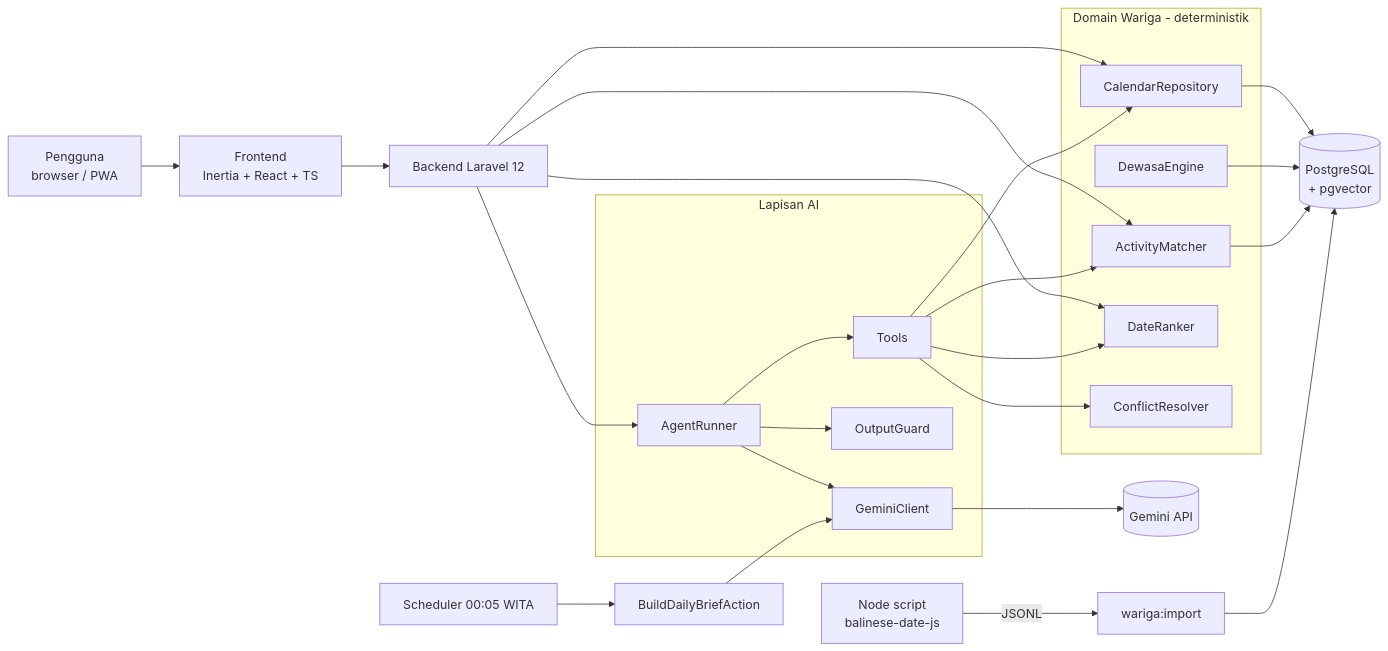
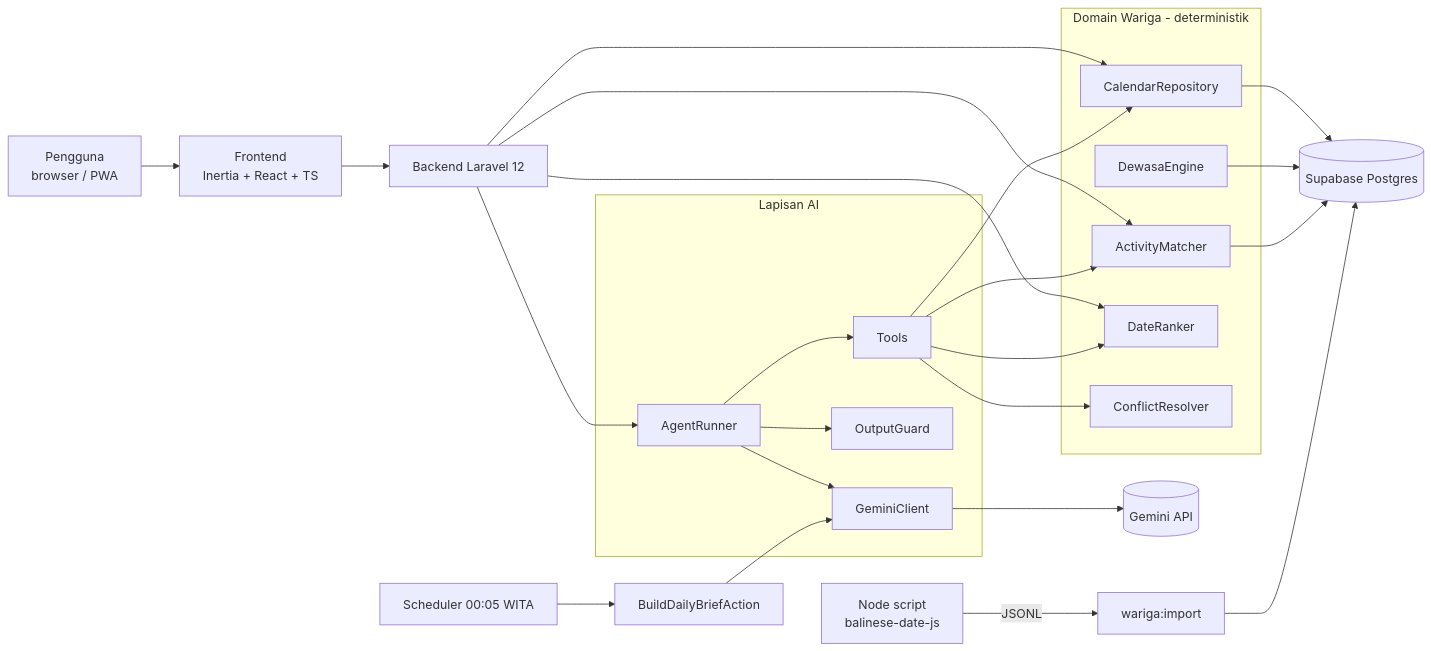
Before and after one commit to juliarta99/rahina: the diagram in docs/ARCHITECTURE.md, drawn with Mermaid. The commit also changed other lines of this file and 8 other files, not shown here.

````diff
--- a/docs/ARCHITECTURE.md
+++ b/docs/ARCHITECTURE.md
@@ -5,26 +5,26 @@
 ```mermaid
 flowchart LR
   U[Pengguna<br/>browser / PWA] --> FE[Frontend<br/>Inertia + React + TS]
   FE --> BE[Backend Laravel 12]
   subgraph Domain Wariga - deterministik
     CR[CalendarRepository]
     DE[DewasaEngine]
     AM[ActivityMatcher]
     DR[DateRanker]
     CF[ConflictResolver]
   end
   subgraph Lapisan AI
     AR[AgentRunner]
     TL[Tools]
     OG[OutputGuard]
     GC[GeminiClient]
   end
   BE --> CR & AM & DR
   BE --> AR
   AR --> TL --> CR & AM & DR & CF
   AR --> GC --> G[(Gemini API)]
   AR --> OG
-  CR & DE & AM --> DB[(PostgreSQL<br/>+ pgvector)]
+  CR & DE & AM --> DB[(Supabase Postgres)]
   N[Node script<br/>balinese-date-js] -->|JSONL| IMP[wariga:import] --> DB
   SCH[Scheduler 00:05 WITA] --> BB[BuildDailyBriefAction] --> GC
 ```
````
